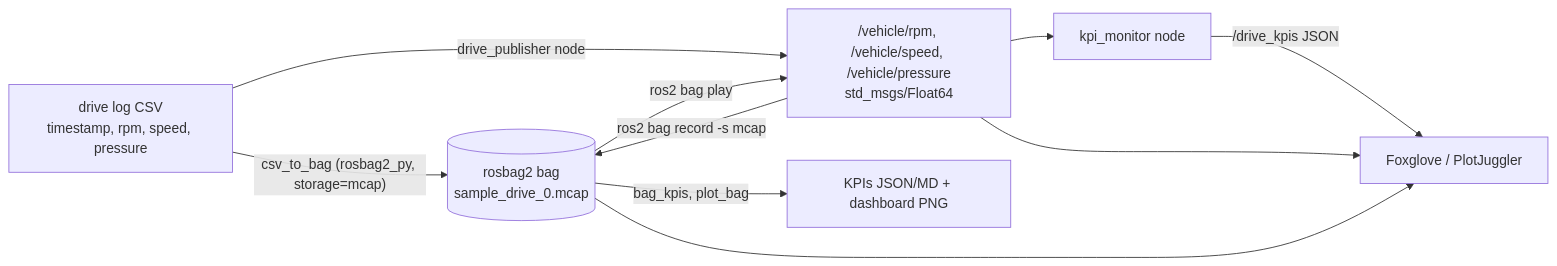
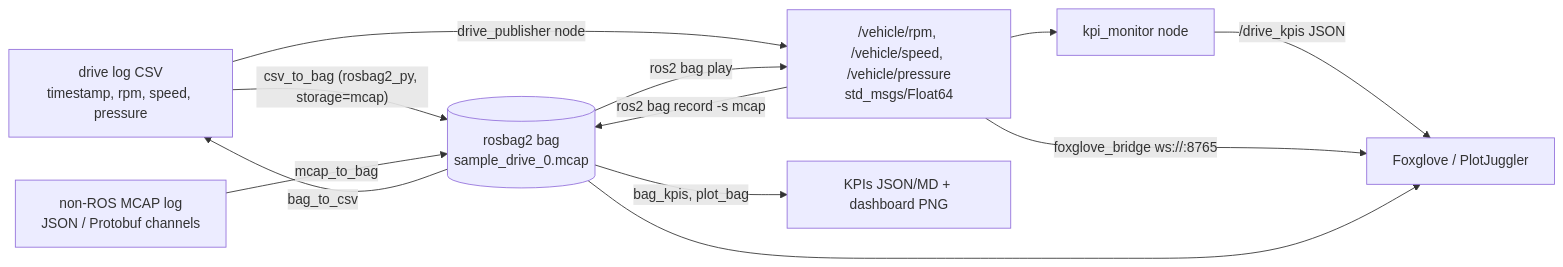
One commit to michealswolski/ROS-2 changed the diagram in README.md. Above: the diagram before and after it, drawn with Mermaid. The commit also changed other lines of this file and 25 other files, not shown here.

First line of the commit message:
Add MCAP input, CSV export, Foxglove live view, more KPIs and tests

````diff
--- a/README.md
+++ b/README.md
@@ -44,11 +48,13 @@
 ```mermaid
 flowchart LR
     CSV["drive log CSV<br/>timestamp, rpm, speed, pressure"] -->|"csv_to_bag (rosbag2_py, storage=mcap)"| BAG[("rosbag2 bag<br/>sample_drive_0.mcap")]
+    LOG["non-ROS MCAP log<br/>JSON / Protobuf channels"] -->|"mcap_to_bag"| BAG
+    BAG -->|"bag_to_csv"| CSV
     CSV -->|"drive_publisher node"| T
     T -->|"ros2 bag record -s mcap"| BAG
     BAG -->|"ros2 bag play"| T["/vehicle/rpm, /vehicle/speed, /vehicle/pressure<br/>std_msgs/Float64"]
     T --> MON["kpi_monitor node"] -->|"/drive_kpis JSON"| VIZ
-    T --> VIZ["Foxglove / PlotJuggler"]
+    T -->|"foxglove_bridge ws://:8765"| VIZ["Foxglove / PlotJuggler"]
     BAG --> VIZ
     BAG -->|"bag_kpis, plot_bag"| OUT["KPIs JSON/MD + dashboard PNG"]
 ```
````
